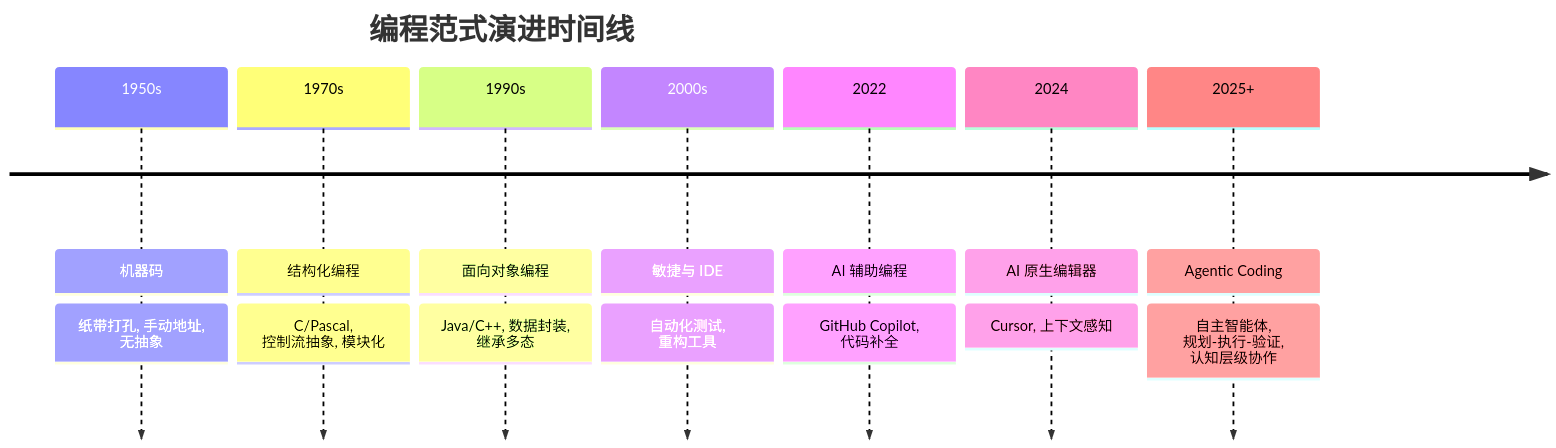
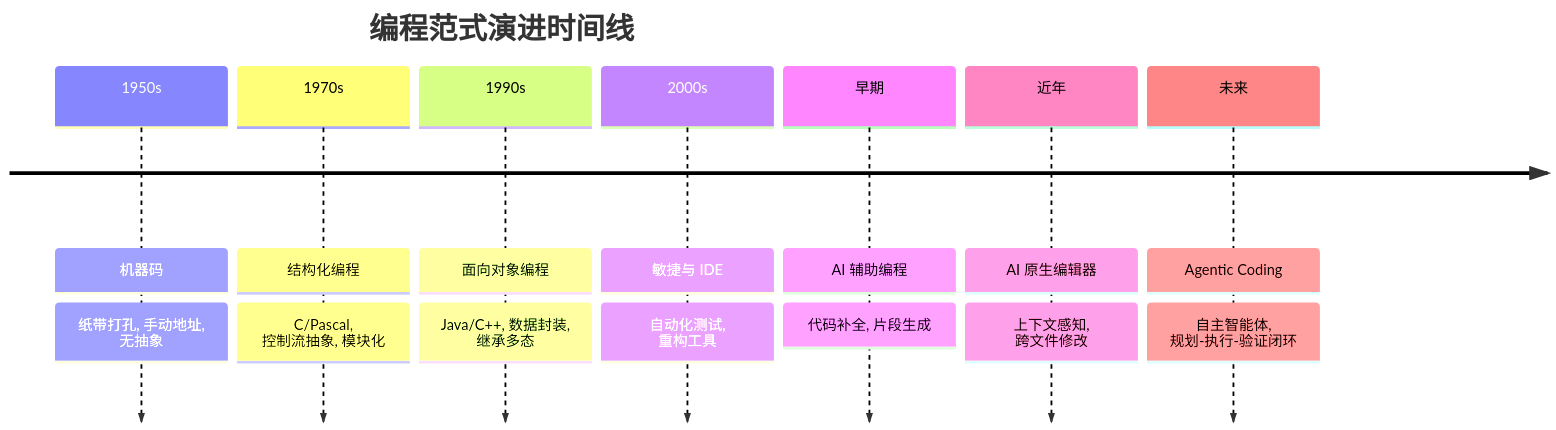
The third of 4 diagrams in 10_agentic_coding/10.1_paradigm.md (yeasy/agentic_ai_guide), drawn with Mermaid before and after one commit. The commit also changed other lines of this file and 88 other files, not shown here.

````diff
--- a/10_agentic_coding/10.1_paradigm.md
+++ b/10_agentic_coding/10.1_paradigm.md
@@ -164,18 +163,18 @@
 ```mermaid
 timeline
     title 编程范式演进时间线
     1950s : 机器码
           : 纸带打孔, 手动地址, 无抽象
     1970s : 结构化编程
           : C/Pascal, 控制流抽象, 模块化
     1990s : 面向对象编程
           : Java/C++, 数据封装, 继承多态
     2000s : 敏捷与 IDE
           : 自动化测试, 重构工具
-    2022 : AI 辅助编程
-          : GitHub Copilot, 代码补全
-    2024 : AI 原生编辑器
-          : Cursor, 上下文感知
-    2025+ : Agentic Coding
-          : 自主智能体, 规划-执行-验证, 认知层级协作
+    早期 : AI 辅助编程
+          : 代码补全, 片段生成
+    近年 : AI 原生编辑器
+          : 上下文感知, 跨文件修改
+    未来 : Agentic Coding
+          : 自主智能体, 规划-执行-验证闭环
 ```
````
